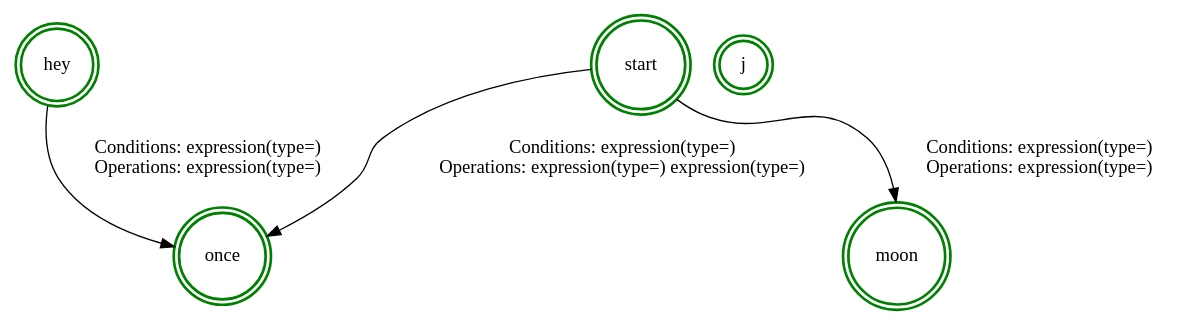
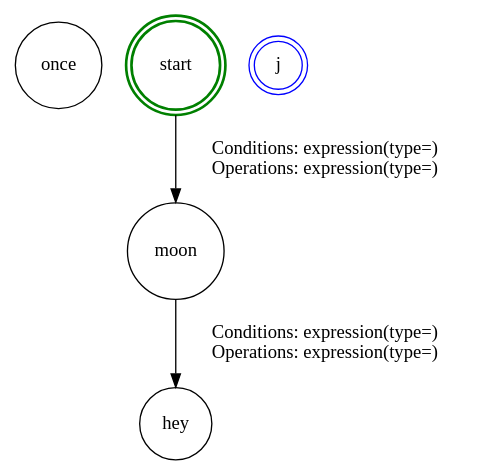
The diagram in graph_sruct.dot (LiyuZer/Automa), drawn with Graphviz before and after one commit. The commit also changed 22 other files, not shown here.

```diff
--- a/graph_sruct.dot
+++ b/graph_sruct.dot
@@ -1,10 +1,9 @@
 digraph G {
-    "once" [shape=doublecircle, color=green, style=bold];
-    "hey" [shape=doublecircle, color=green, style=bold];
-    "moon" [shape=doublecircle, color=green, style=bold];
-    "j" [shape=doublecircle, color=green, style=bold];
+    "once" [shape=circle];
+    "hey" [shape=circle];
+    "moon" [shape=circle];
+    "j" [shape=doublecircle, color=blue];
     "start" [shape=doublecircle, color=green, style=bold];
-    "hey" -> "once" [label="Conditions: expression(type=) \nOperations: expression(type=) "];
-    "start" -> "once" [label="Conditions: expression(type=) \nOperations: expression(type=) expression(type=) "];
+    "moon" -> "hey" [label="Conditions: expression(type=) \nOperations: expression(type=) "];
     "start" -> "moon" [label="Conditions: expression(type=) \nOperations: expression(type=) "];
 }
```
